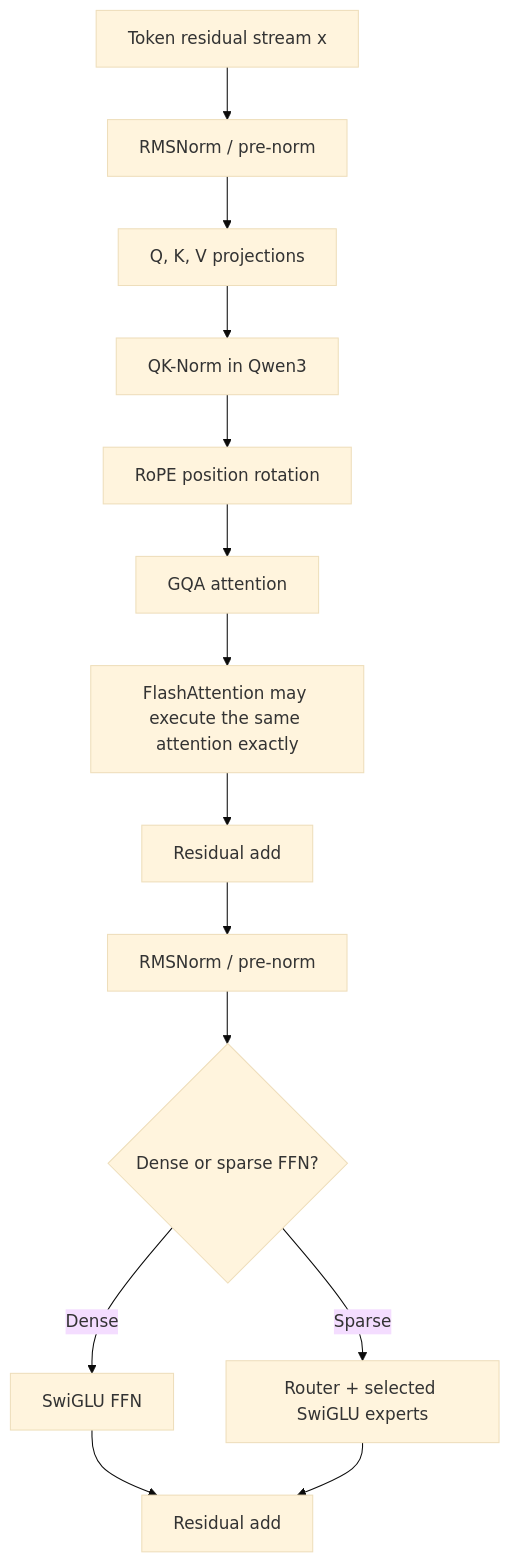
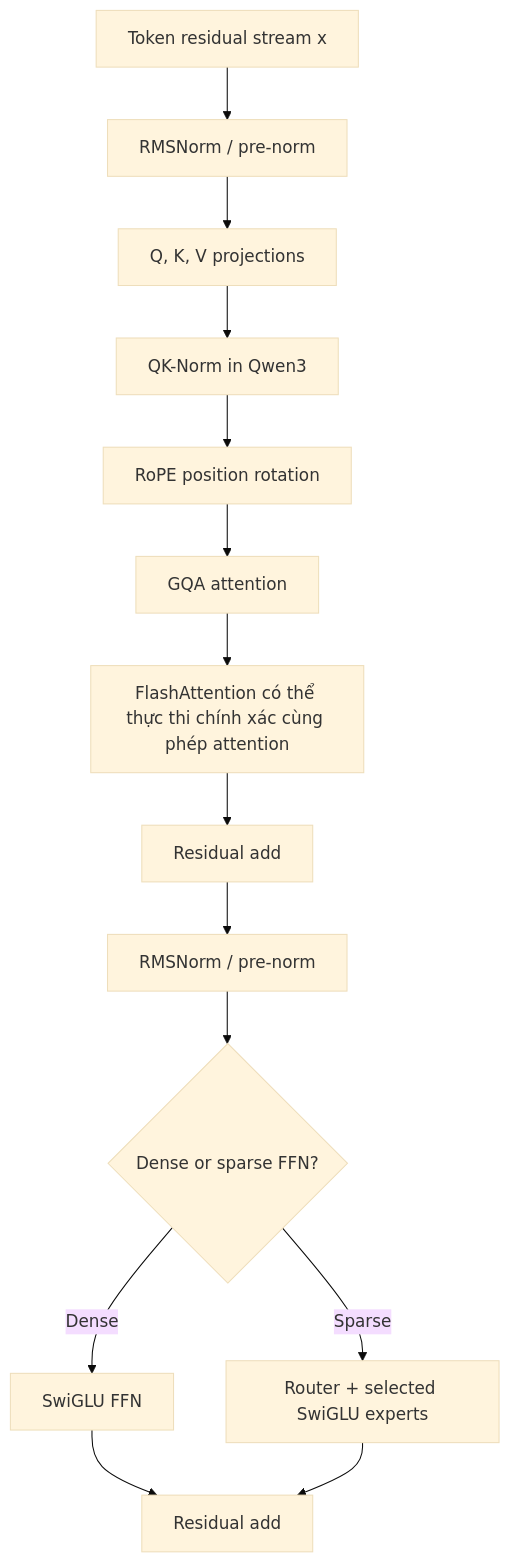
One commit to cycler04/VinRobotics-VLA changed the diagram in docs/research_finding/01-gwen/module_details/LLM_modules/README.md. Above: the diagram before and after it, drawn with Mermaid (base theme). The commit also changed other lines of this file and 79 other files, not shown here.

````diff
--- a/docs/research_finding/01-gwen/module_details/LLM_modules/README.md
+++ b/docs/research_finding/01-gwen/module_details/LLM_modules/README.md
@@ -12,16 +12,16 @@
 ```mermaid
 flowchart TD
     X[Token residual stream x] --> N1[RMSNorm / pre-norm]
     N1 --> QKV[Q, K, V projections]
     QKV --> QKN[QK-Norm in Qwen3]
     QKN --> POS[RoPE position rotation]
     POS --> ATT[GQA attention]
-    ATT --> FAST[FlashAttention may execute the same attention exactly]
+    ATT --> FAST[FlashAttention có thể thực thi chính xác cùng phép attention]
     FAST --> R1[Residual add]
     R1 --> N2[RMSNorm / pre-norm]
     N2 --> F{Dense or sparse FFN?}
     F -->|Dense| SWI[SwiGLU FFN]
     F -->|Sparse| MOE[Router + selected SwiGLU experts]
     SWI --> R2[Residual add]
     MOE --> R2
 ```
````
